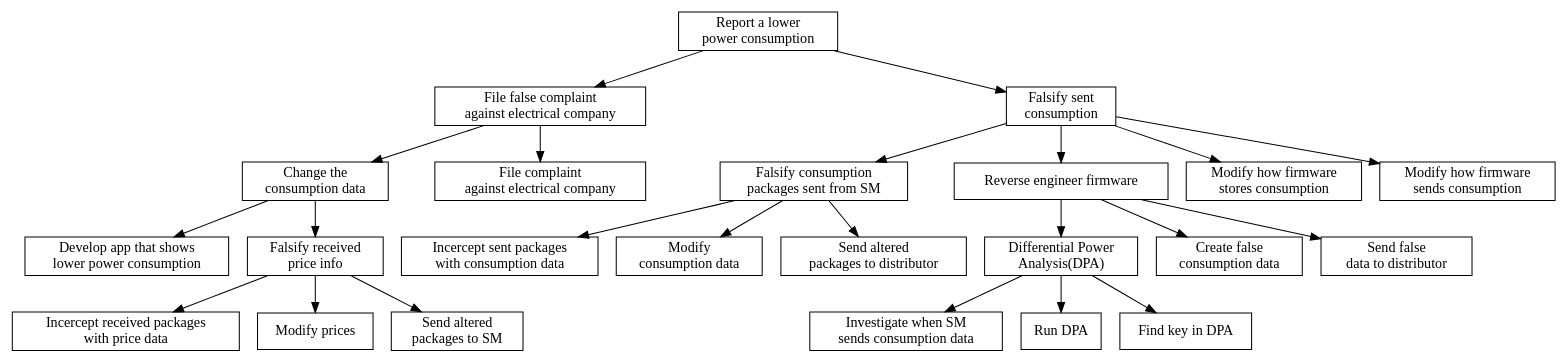
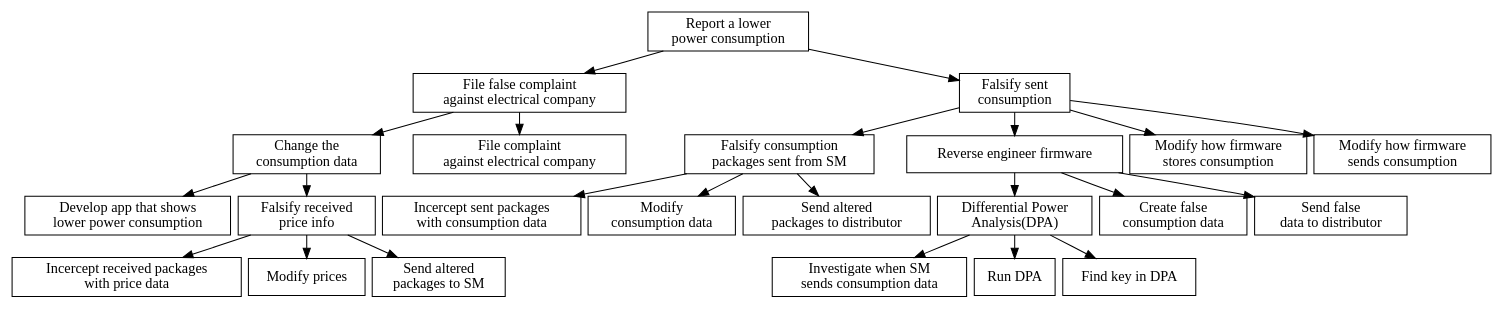
The diagram in figures/graphviz/consumer.dot (des904e15/report), drawn with Graphviz before and after one commit. The commit also changed 10 other files, not shown here.

```diff
--- a/figures/graphviz/consumer.dot
+++ b/figures/graphviz/consumer.dot
@@ -1,72 +1,72 @@
 digraph G {
 
-// graph[ center=true, margin=0.2, nodesep=0.1, ranksep=0.3];
+graph[ center=true, margin=0.2, nodesep=0.1, ranksep=0.3]
 node[ shape=rectangle];
 
 root [label="Report a lower \npower consumption", shape=OR];
 complaint [label="File false complaint \nagainst electrical company",shape=AND];
 falsify [label="Falsify sent \nconsumption",shape=OR];
 
 
 
 //COMPLAINT SUBTREE
 root -> complaint;
 
 forgeConsumptionData[shape=OR];
 forgeConsumptionData[label="Change the \nconsumption data"];
 complaint -> forgeConsumptionData
 fileComplaint[label="File complaint \nagainst electrical company"]
 complaint -> fileComplaint
 
 app[label="Develop app that shows \nlower power consumption"];
 forgeConsumptionData ->  app;
 
 falsifyReceived[label="Falsify received \nprice info",shape=AND];
 forgeConsumptionData -> falsifyReceived;
 interceptReceived[label="Incercept received packages \nwith price data"];
 modifyPrices[label="Modify prices"];
 resendToSM[label="Send altered \npackages to SM"];
 falsifyReceived -> interceptReceived;
 falsifyReceived -> modifyPrices;
 falsifyReceived -> resendToSM;
 
 
 //FALSIFY SUBTREE
 root -> falsify;
 
 package[label="Falsify consumption \npackages sent from SM",shape=AND];
 falsify ->	package;
 intercept[label="Incercept sent packages \nwith consumption data"];
 modify[label="Modify \nconsumption data"];
 resend[label="Send altered \npackages to distributor"]
 package -> intercept;
 package -> modify;
 package -> resend;
 
 reverseEngineer[label="Reverse engineer firmware",shape=AND];
 falsify -> reverseEngineer;
 reverseEngineer -> obtainKey;
 whenSend[label="Investigate when SM \nsends consumption data"];
 obtainKey[label="Differential Power \nAnalysis(DPA)",shape=AND];
 obtainKey -> whenSend;
 performDPA[label="Run DPA"]
 obtainKey -> performDPA;
 findKeyInDPA[label="Find key in DPA"];
 obtainKey -> findKeyInDPA;
 createFalseConsumptionData[label="Create false \nconsumption data"];
 reverseEngineer -> createFalseConsumptionData;
 sendFalseData[label="Send false \ndata to distributor"]
 reverseEngineer -> sendFalseData;
 
 ModifyFWstore[label="Modify how firmware \nstores consumption"];
 falsify -> ModifyFWstore;
 
 
 ModifyFWsend[label="Modify how firmware \nsends consumption"];
 falsify -> ModifyFWsend;
 
 
 
 
 
 }
```
